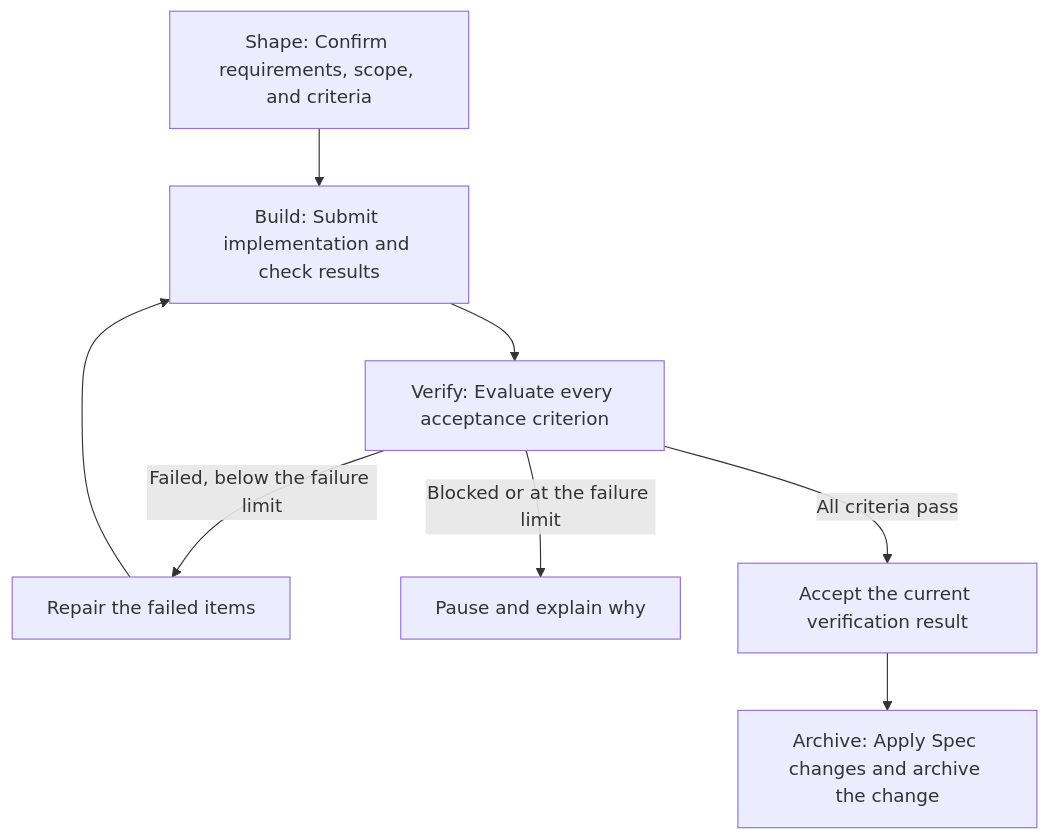
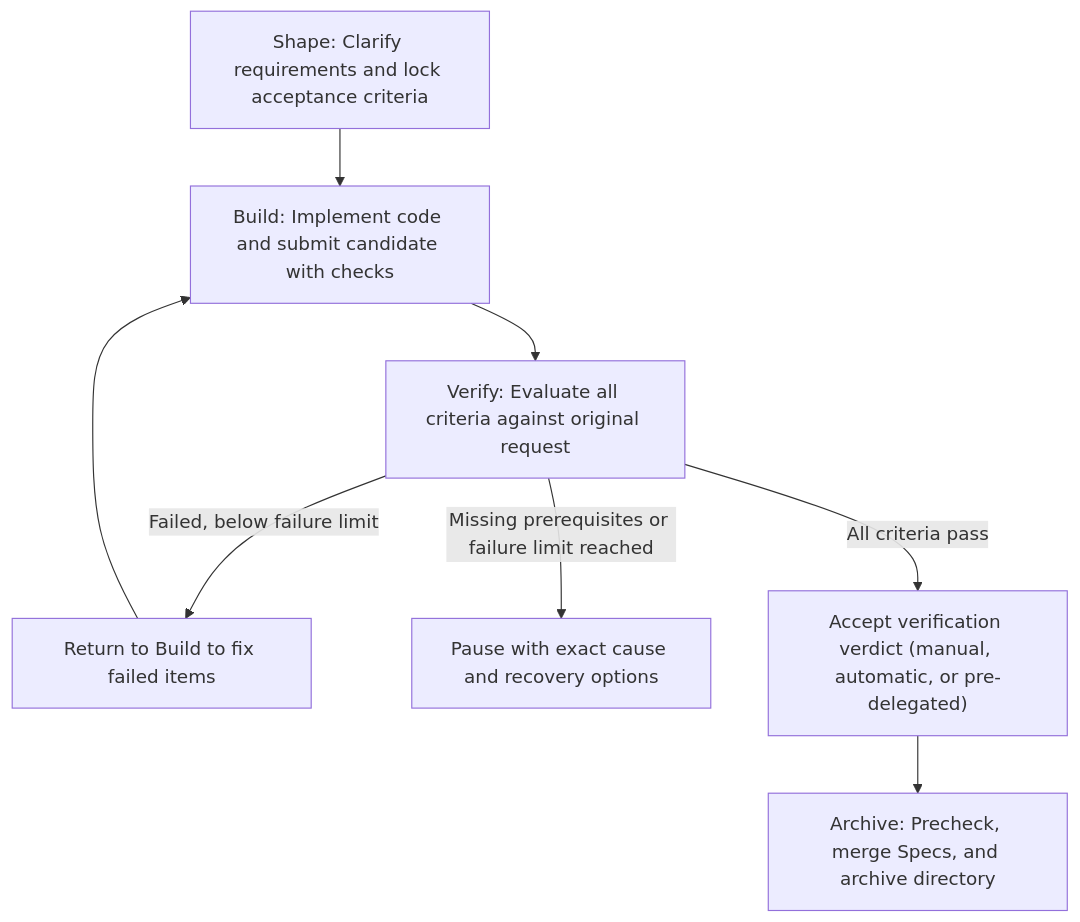
The diagram in en/native/native-loop.mdx (rpamis/comet-website-docs), drawn with Mermaid before and after one commit. The commit also changed other lines of this file and 88 other files, not shown here.

````diff
--- a/en/native/native-loop.mdx
+++ b/en/native/native-loop.mdx
@@ -8,10 +10,10 @@
 ```mermaid
 flowchart TD
-  Shape["Shape: Confirm requirements, scope, and criteria"] --> Build["Build: Submit implementation and check results"]
-  Build --> Verify["Verify: Evaluate every acceptance criterion"]
-  Verify -->|"Failed, below the failure limit"| Repair["Repair the failed items"]
+  Shape["Shape: Clarify requirements and lock acceptance criteria"] --> Build["Build: Implement code and submit candidate with checks"]
+  Build --> Verify["Verify: Evaluate all criteria against original request"]
+  Verify -->|"Failed, below failure limit"| Repair["Return to Build to fix failed items"]
   Repair --> Build
-  Verify -->|"Blocked or at the failure limit"| Pause["Pause and explain why"]
-  Verify -->|"All criteria pass"| Accept["Accept the current verification result"]
-  Accept --> Archive["Archive: Apply Spec changes and archive the change"]
+  Verify -->|"Missing prerequisites or failure limit reached"| Pause["Pause with exact cause and recovery options"]
+  Verify -->|"All criteria pass"| Accept["Accept verification verdict (manual, automatic, or pre-delegated)"]
+  Accept --> Archive["Archive: Precheck, merge Specs, and archive directory"]
 ```
````
